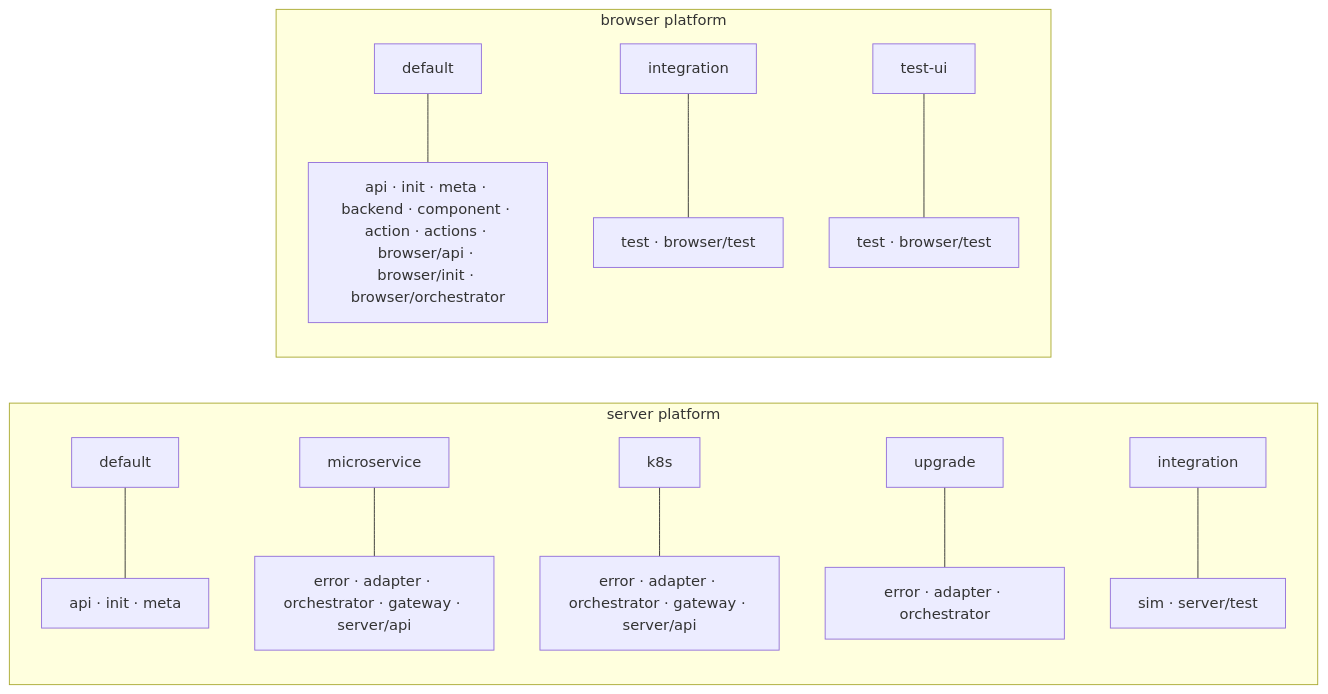
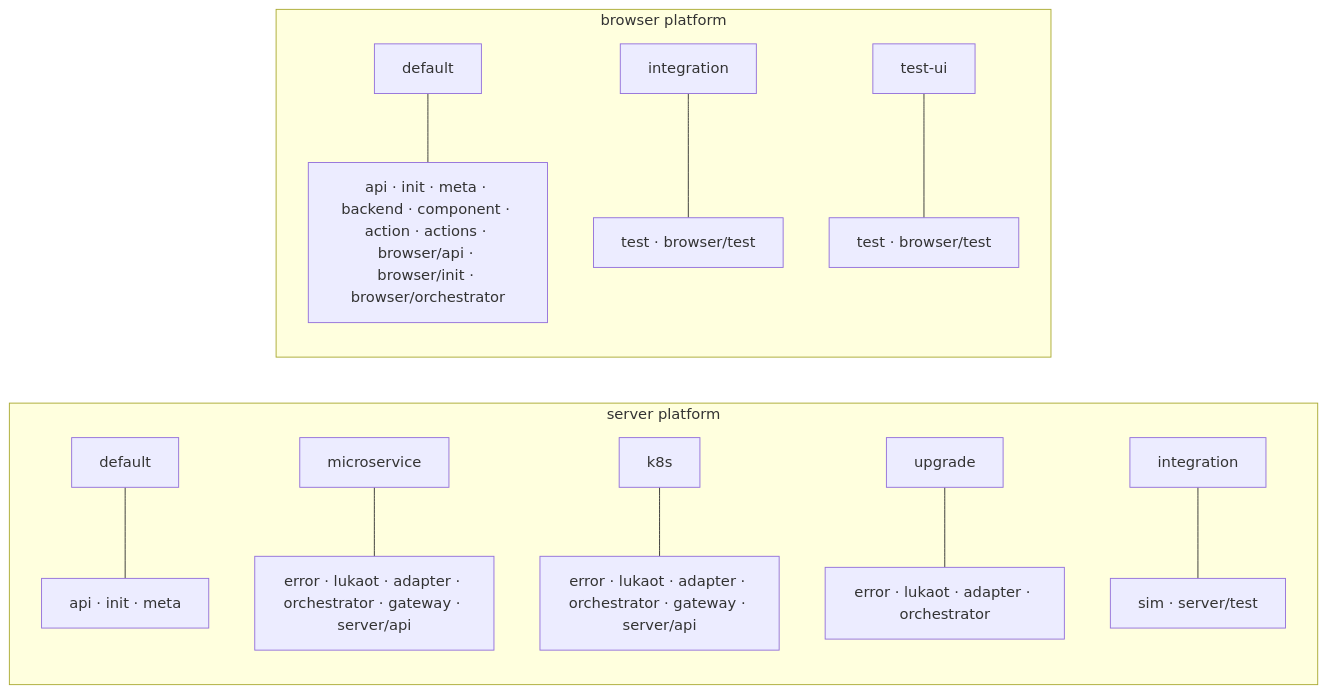
The diagram in docs/blong/docs/concepts/layer.md (feasibleone/blong), drawn with Mermaid before and after one commit. The commit also changed other lines of this file and 415 other files, not shown here.

````diff
--- a/docs/blong/docs/concepts/layer.md
+++ b/docs/blong/docs/concepts/layer.md
@@ -59,17 +59,17 @@
 ```mermaid
 flowchart LR
     subgraph SERVER["server platform"]
         direction TB
         server-default-intent["default"] --- server-default-layers["api · init · meta"]
-        server-microservice-intent["microservice"] --- server-microservice-layers["error · adapter · orchestrator · gateway · server/api"]
-        server-k8s-intent["k8s"] --- server-k8s-layers["error · adapter · orchestrator · gateway · server/api"]
-        server-upgrade-intent["upgrade"] --- server-upgrade-layers["error · adapter · orchestrator"]
+        server-microservice-intent["microservice"] --- server-microservice-layers["error · lukaot · adapter · orchestrator · gateway · server/api"]
+        server-k8s-intent["k8s"] --- server-k8s-layers["error · lukaot · adapter · orchestrator · gateway · server/api"]
+        server-upgrade-intent["upgrade"] --- server-upgrade-layers["error · lukaot · adapter · orchestrator"]
         server-integration-intent["integration"] --- server-integration-layers["sim · server/test"]
     end
     subgraph BROWSER["browser platform"]
         direction TB
         browser-default-intent["default"] --- browser-default-layers["api · init · meta · backend · component · action · actions · browser/api · browser/init · browser/orchestrator"]
         browser-integration-intent["integration"] --- browser-integration-layers["test · browser/test"]
         browser-test-ui-intent["test-ui"] --- browser-test-ui-layers["test · browser/test"]
     end
 ```
````
